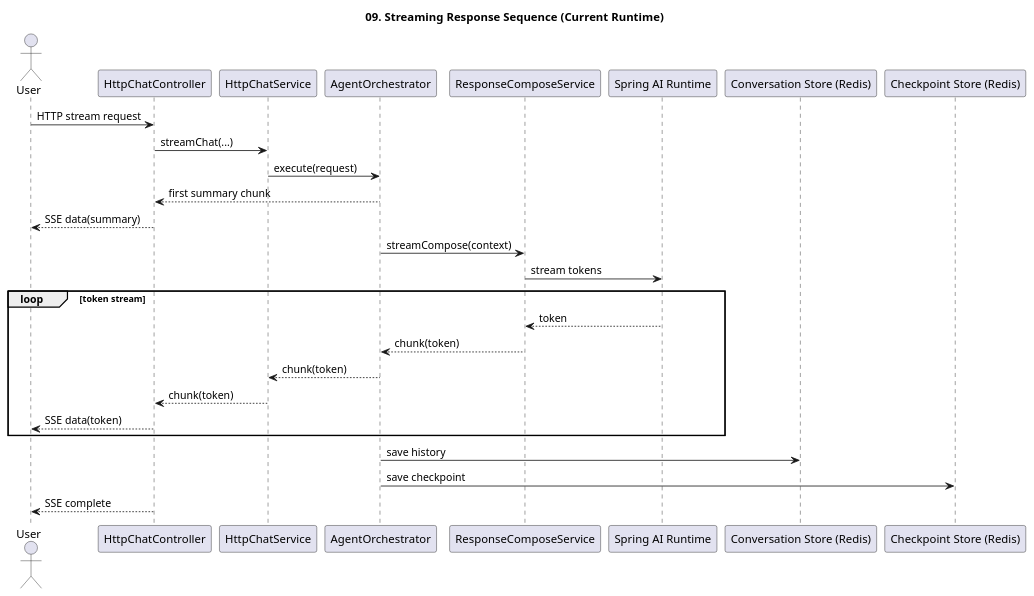
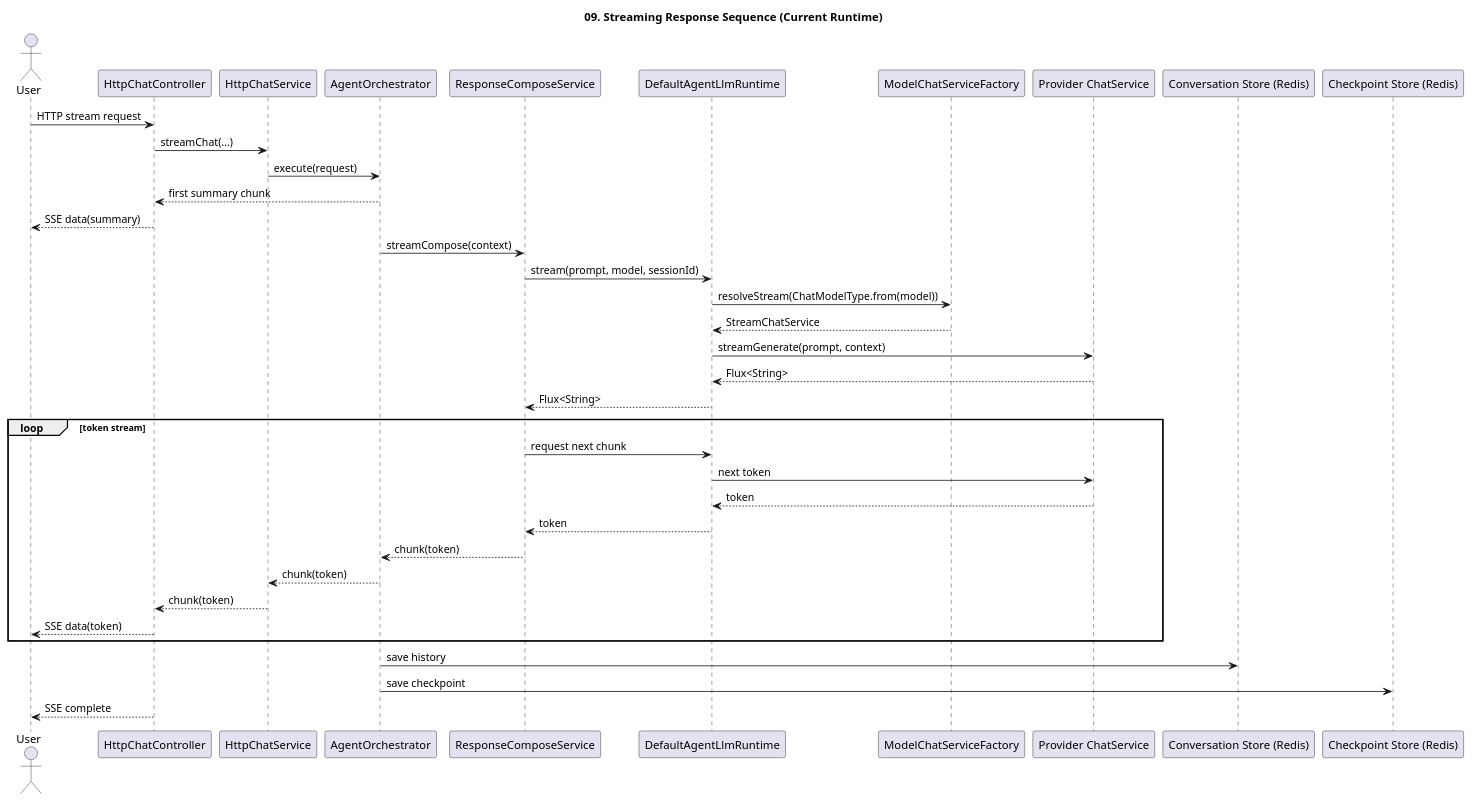
One commit to kim57uak/spring-ai changed the diagram in documents/mcp-orchestrator-architecture/09-streaming-response-sequence.puml. Above: the diagram before and after it, drawn with PlantUML. The commit also changed 16 other files, not shown here.

Commit message:
docs: sync architecture docs with current source

```diff
--- a/documents/mcp-orchestrator-architecture/09-streaming-response-sequence.puml
+++ b/documents/mcp-orchestrator-architecture/09-streaming-response-sequence.puml
@@ -1,38 +1,48 @@
 @startuml
 !pragma layout smetana
 title 09. Streaming Response Sequence (Current Runtime)
 
 skinparam shadowing false
 
 actor User
 participant "HttpChatController" as Controller
 participant "HttpChatService" as ChatService
 participant "AgentOrchestrator" as Orchestrator
 participant "ResponseComposeService" as Composer
-participant "Spring AI Runtime" as Runtime
+participant "DefaultAgentLlmRuntime" as Runtime
+participant "ModelChatServiceFactory" as ChatFactory
+participant "Provider ChatService" as ProviderChatService
 participant "Conversation Store (Redis)" as HistoryRedis
 participant "Checkpoint Store (Redis)" as CheckpointRedis
 
 User -> Controller : HTTP stream request
 Controller -> ChatService : streamChat(...)
 ChatService -> Orchestrator : execute(request)
 
 Orchestrator --> Controller : first summary chunk
 Controller --> User : SSE data(summary)
 
 Orchestrator -> Composer : streamCompose(context)
-Composer -> Runtime : stream tokens
+Composer -> Runtime : stream(prompt, model, sessionId)
+Runtime -> ChatFactory : resolveStream(ChatModelType.from(model))
+ChatFactory --> Runtime : StreamChatService
+Runtime -> ProviderChatService : streamGenerate(prompt, context)
+ProviderChatService --> Runtime : Flux<String>
+Runtime --> Composer : Flux<String>
 
 loop token stream
+  Composer -> Runtime : request next chunk
+  Runtime -> ProviderChatService : next token
+  ProviderChatService --> Runtime : token
   Runtime --> Composer : token
   Composer --> Orchestrator : chunk(token)
   Orchestrator --> ChatService : chunk(token)
   ChatService --> Controller : chunk(token)
   Controller --> User : SSE data(token)
 end
 
 Orchestrator -> HistoryRedis : save history
 Orchestrator -> CheckpointRedis : save checkpoint
 Controller --> User : SSE complete
 
 @enduml
```
